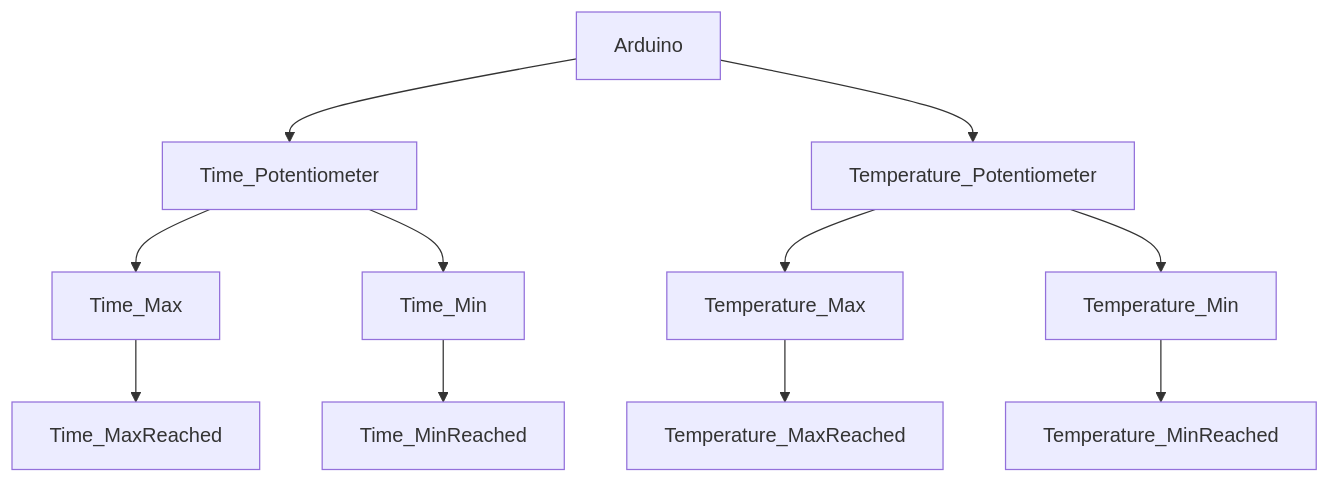
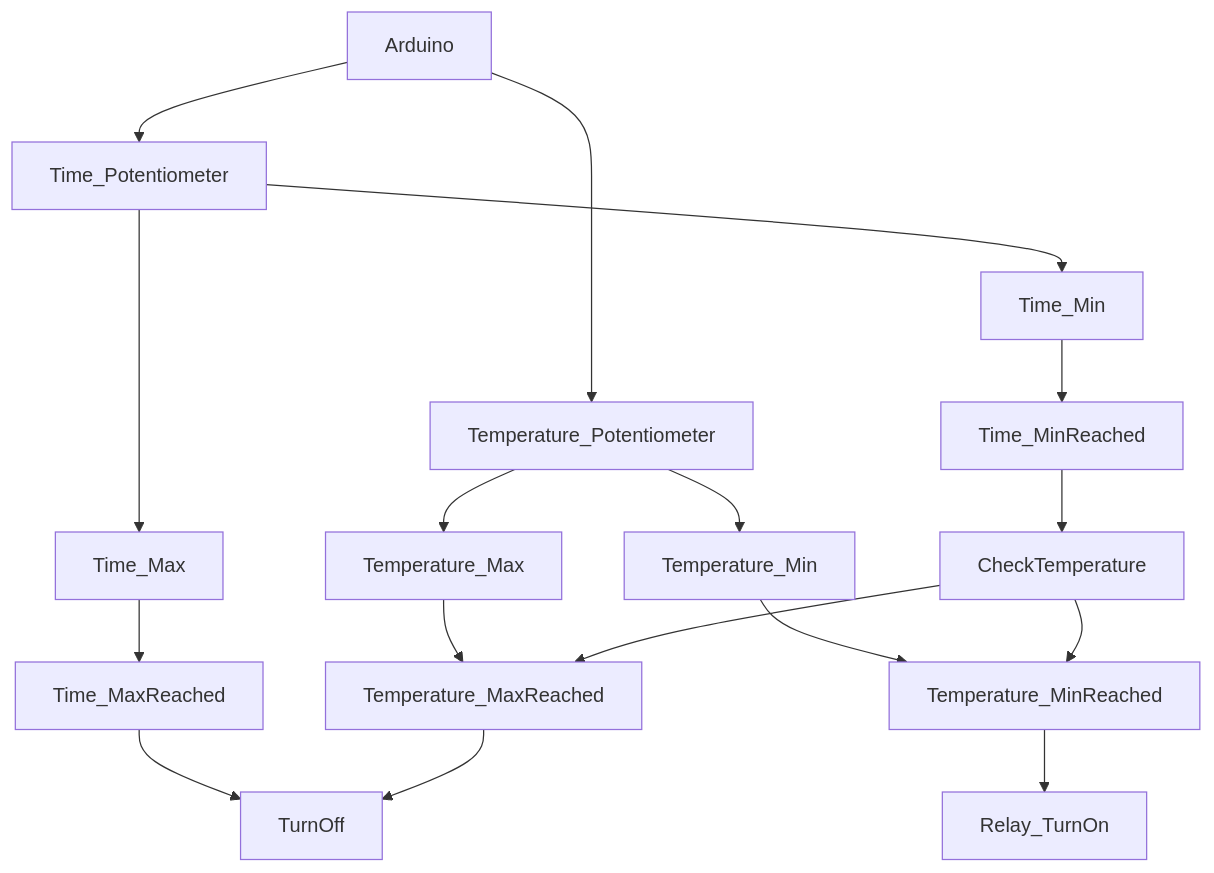
One commit to arduino-core/Outdoor-Relay-Control changed the diagram in README.md. Above: the diagram before and after it, drawn with Mermaid.

````diff
--- a/README.md
+++ b/README.md
@@ -36,13 +36,19 @@
 ```mermaid
 graph TD;
     Arduino-->Time_Potentiometer;
     Arduino-->Temperature_Potentiometer;
     Time_Potentiometer-->Time_Max;
     Time_Potentiometer-->Time_Min;
     Temperature_Potentiometer-->Temperature_Max;
     Temperature_Potentiometer-->Temperature_Min;
     Time_Max-->Time_MaxReached;
     Time_Min-->Time_MinReached;
     Temperature_Max-->Temperature_MaxReached;
     Temperature_Min-->Temperature_MinReached;
+    Time_MinReached-->CheckTemperature;
+    Time_MaxReached-->TurnOff;
+    Temperature_MinReached-->Relay_TurnOn;
+    Temperature_MaxReached-->TurnOff;
+    CheckTemperature-->Temperature_MinReached;
+    CheckTemperature-->Temperature_MaxReached;
 ```
````
